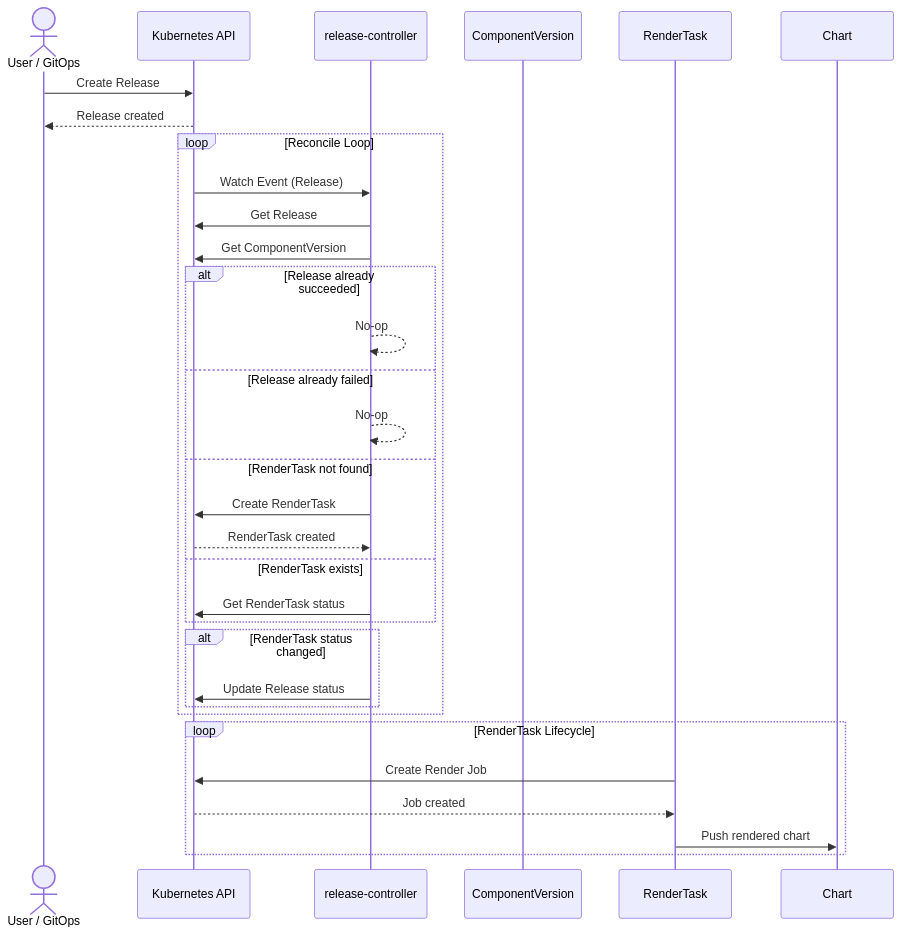
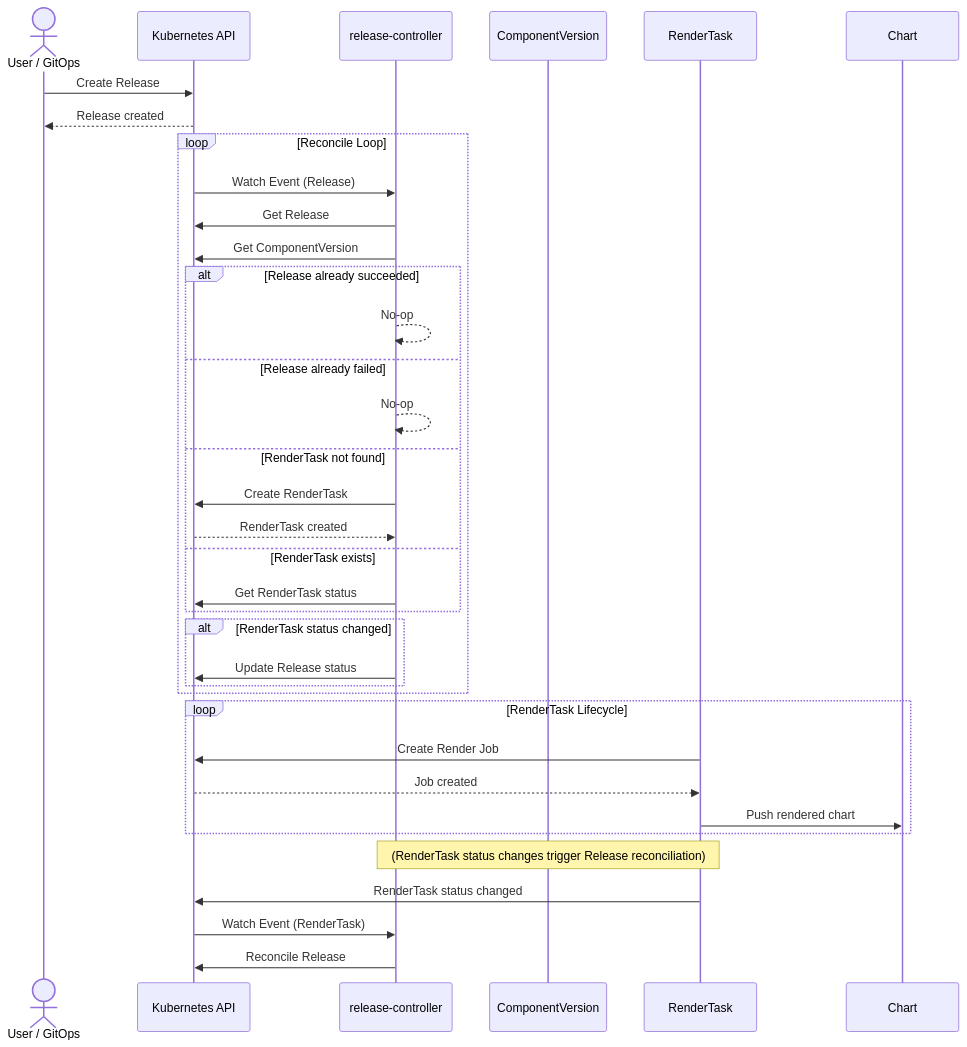
One commit to opendefensecloud/solution-arsenal changed the second of 4 diagrams in docs/developer-guide/release_controller.md. Above: the diagram before and after it, drawn with Mermaid. The commit also changed other lines of this file and 2 other files, not shown here.

````diff
--- a/docs/developer-guide/release_controller.md
+++ b/docs/developer-guide/release_controller.md
@@ -33,36 +33,41 @@
 ```mermaid
 sequenceDiagram
     actor U as User / GitOps
     participant K as Kubernetes API
     participant C as release-controller
     participant CV as ComponentVersion
     participant RT as RenderTask
 
     U->>K: Create Release
     K-->>U: Release created
 
     loop Reconcile Loop
         K->>C: Watch Event (Release)
         C->>K: Get Release
         C->>K: Get ComponentVersion
         alt Release already succeeded
             C-->>C: No-op
         else Release already failed
             C-->>C: No-op
         else RenderTask not found
             C->>K: Create RenderTask
             K-->>C: RenderTask created
         else RenderTask exists
             C->>K: Get RenderTask status
         end
         alt RenderTask status changed
             C->>K: Update Release status
         end
     end
 
     loop RenderTask Lifecycle
         RT->>K: Create Render Job
         K-->>RT: Job created
         RT->>Chart: Push rendered chart
     end
+
+    Note over RT,C: (RenderTask status changes trigger Release reconciliation)
+    RT->>K: RenderTask status changed
+    K->>C: Watch Event (RenderTask)
+    C->>K: Reconcile Release
 ```
````
